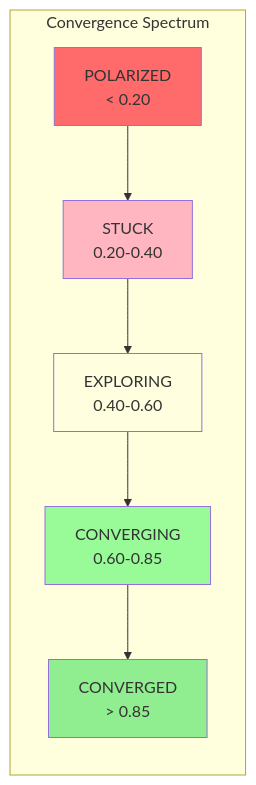
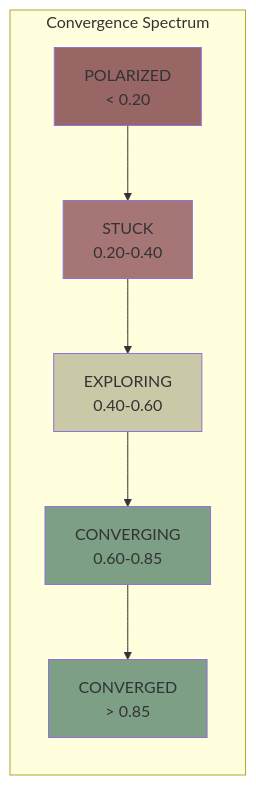
One commit to ScopeCreep-zip/Symbiont changed the first of 5 diagrams in docs/protocol/convergence.md. Above: the diagram before and after it, drawn with Mermaid. The commit also changed other lines of this file and 17 other files, not shown here.

Commit message:
update to diagram colors

````diff
--- a/docs/protocol/convergence.md
+++ b/docs/protocol/convergence.md
@@ -51,18 +51,18 @@
 ```mermaid
 graph LR
     subgraph "Convergence Spectrum"
         POL["POLARIZED<br/>< 0.20"]
         STK["STUCK<br/>0.20-0.40"]
         EXP["EXPLORING<br/>0.40-0.60"]
         CVG["CONVERGING<br/>0.60-0.85"]
         DON["CONVERGED<br/>> 0.85"]
     end
 
     POL --> STK --> EXP --> CVG --> DON
 
-    style POL fill:#FF6B6B
-    style STK fill:#FFB6C1
-    style EXP fill:#FFFFE0
-    style CVG fill:#98FB98
-    style DON fill:#90EE90
+    style POL fill:#996666
+    style STK fill:#a67676
+    style EXP fill:#c9c9a8
+    style CVG fill:#7d9f85
+    style DON fill:#7d9f85
 ```
````
